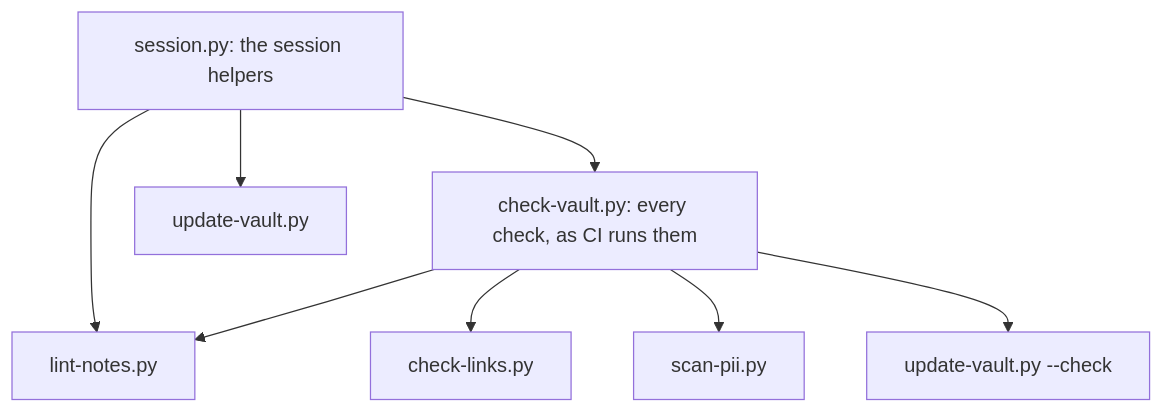
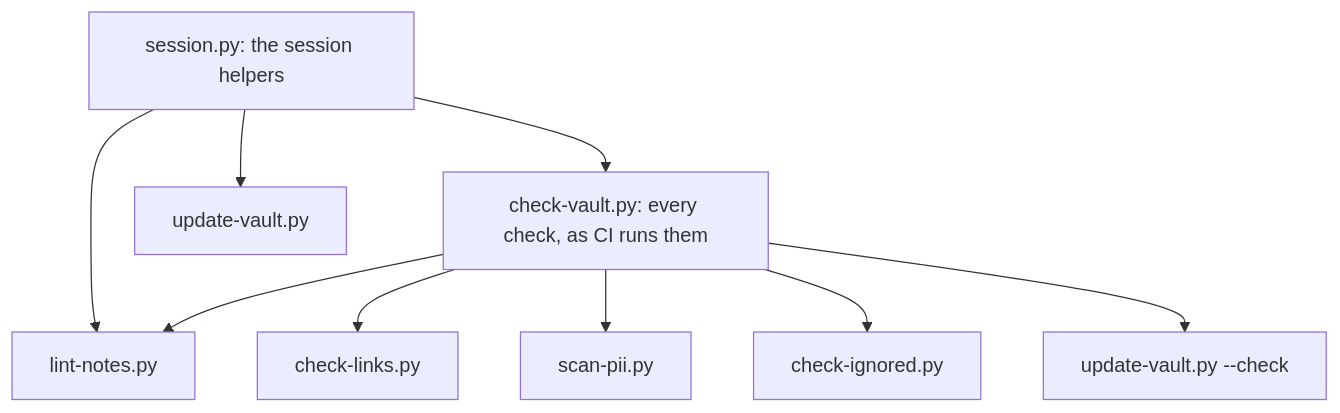
One commit to tannergolden/knowledge changed the diagram in .docs/technical/Vault-Scripts.md. Above: the diagram before and after it, drawn with Mermaid. The commit also changed other lines of this file and 9 other files, not shown here.

First line of the commit message:
docs(vault): 📝 name the ignored files check where checks are listed

````diff
--- a/.docs/technical/Vault-Scripts.md
+++ b/.docs/technical/Vault-Scripts.md
@@ -29,10 +29,11 @@
 ```mermaid
 graph TD
     CV["check-vault.py: every check, as CI runs them"] --> LN["lint-notes.py"]
     CV --> CL["check-links.py"]
     CV --> SP["scan-pii.py"]
+    CV --> CI["check-ignored.py"]
     CV --> UC["update-vault.py --check"]
     SE["session.py: the session helpers"] --> LN
     SE --> UV["update-vault.py"]
     SE --> CV
 ```
````
